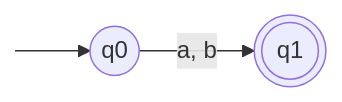
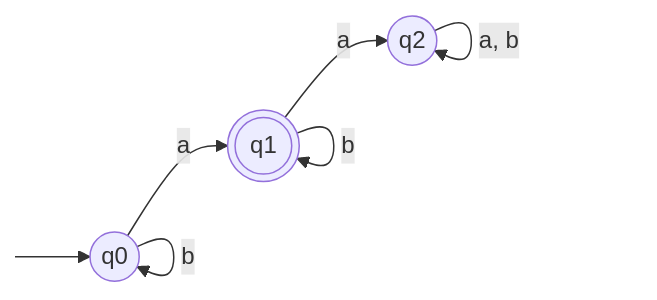
Before and after one commit to bfeitknecht/vault: the third of 3 diagrams in sem3/TIN/UE/bf/TI-bf-u04.md, drawn with Mermaid. The commit also changed other lines of this file, not shown here.

Commit message:
backup: 2024-10-15T17:14:35+02:00 from MacBook Pro (echo)
Affected files:
sem3/TIN/UE/bf/TI-bf-u04.md

````diff
--- a/sem3/TIN/UE/bf/TI-bf-u04.md
+++ b/sem3/TIN/UE/bf/TI-bf-u04.md
@@ -83,12 +83,15 @@
 ```mermaid
 flowchart LR
 classDef hidden display: none;
 
 S:::hidden
 
 q0((q0))
 q1(((q1)))
+q2((q2))
 
-S --> q0 -->|"a, b"| q1
-
+S --> q0 -->|"a"| q1 -->|"a"| q2
+q0 -->|"b"| q0
+q1 -->|"b"| q1
+q2 -->|"a, b"| q2
 ```
````
